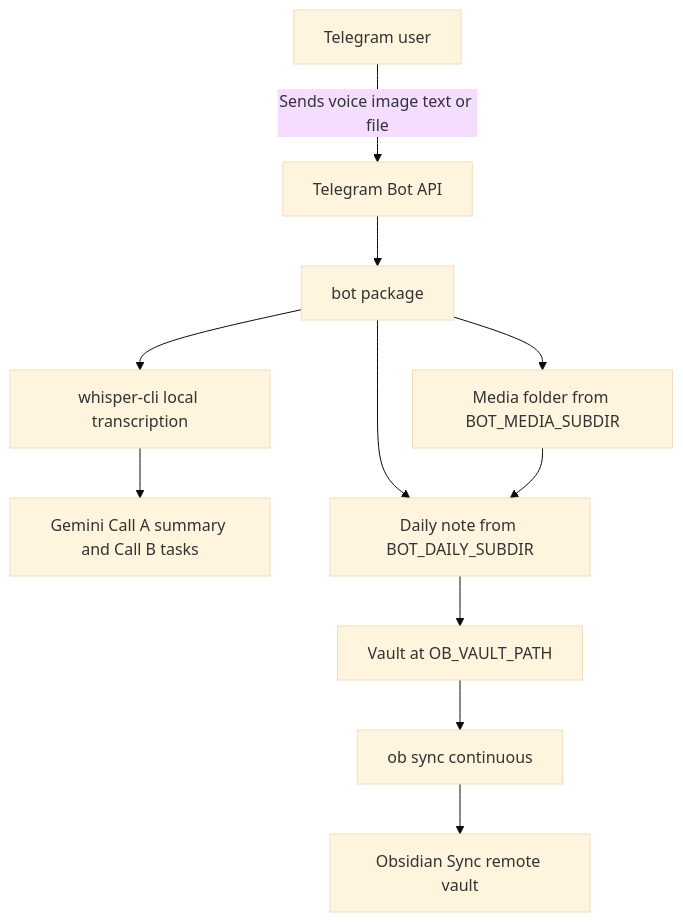
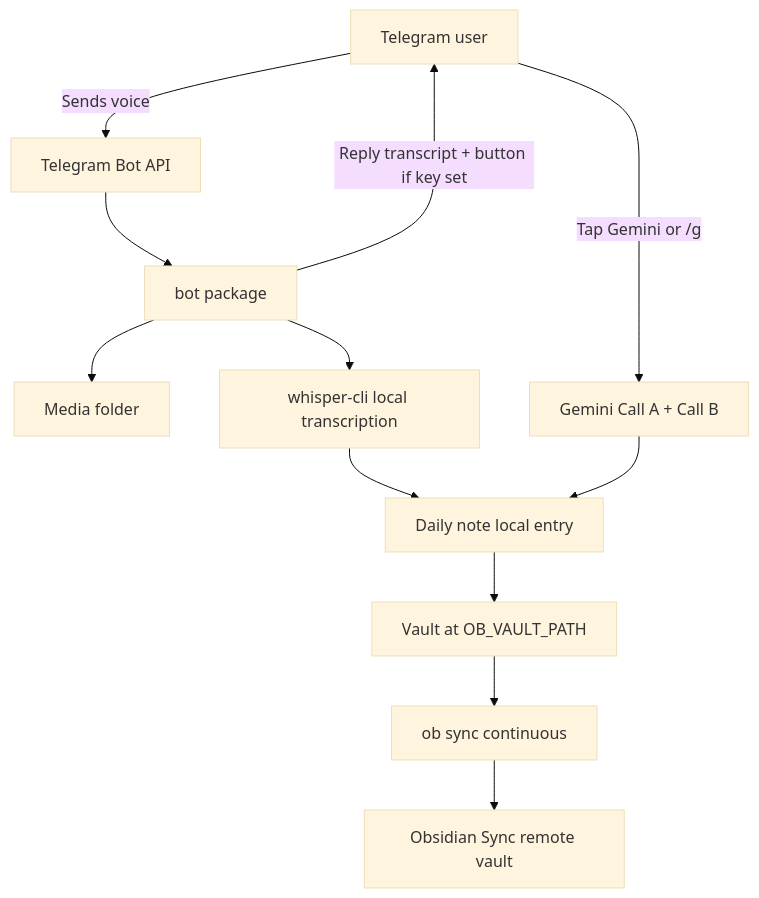
Before and after one commit to giacomoleonzi/obsidian-telegram-daily-bot: the diagram in README.md, drawn with Mermaid (base theme). The commit also changed other lines of this file and 16 other files, not shown here.

First line of the commit message:
Add opt-in Gemini promotion after local voice transcription.

````diff
--- a/README.md
+++ b/README.md
@@ -113,13 +116,14 @@
 ```mermaid
 flowchart TD
-  U[Telegram user] -->|Sends voice image text or file| TG[Telegram Bot API]
+  U[Telegram user] -->|Sends voice| TG[Telegram Bot API]
   TG --> BOT[bot package]
-  BOT --> MEDIA[Media folder from BOT_MEDIA_SUBDIR]
+  BOT --> MEDIA[Media folder]
   BOT --> STT[whisper-cli local transcription]
-  STT --> GEM[Gemini Call A summary and Call B tasks]
-  BOT --> NOTE[Daily note from BOT_DAILY_SUBDIR]
-  MEDIA --> NOTE
+  STT --> NOTE[Daily note local entry]
+  BOT -->|Reply transcript + button if key set| U
+  U -->|Tap Gemini or /g| GEM[Gemini Call A + Call B]
+  GEM --> NOTE
   NOTE --> VAULT[Vault at OB_VAULT_PATH]
   VAULT --> OBS[ob sync continuous]
   OBS --> REMOTE[Obsidian Sync remote vault]
 ```
````
